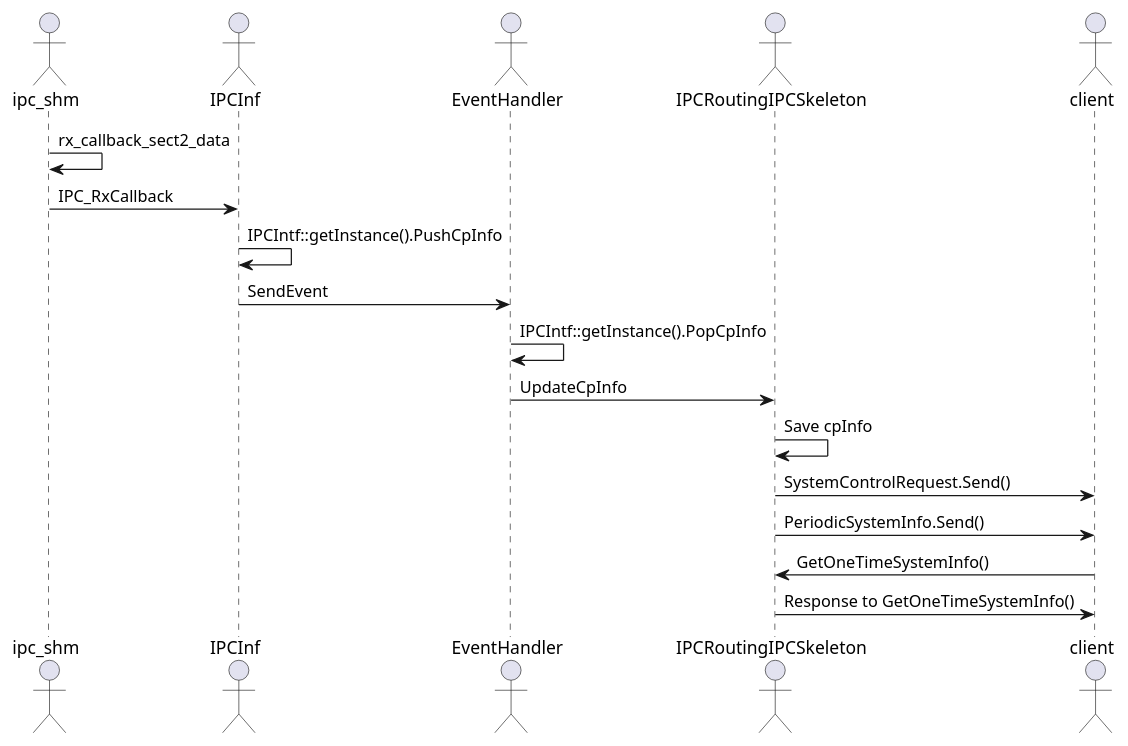
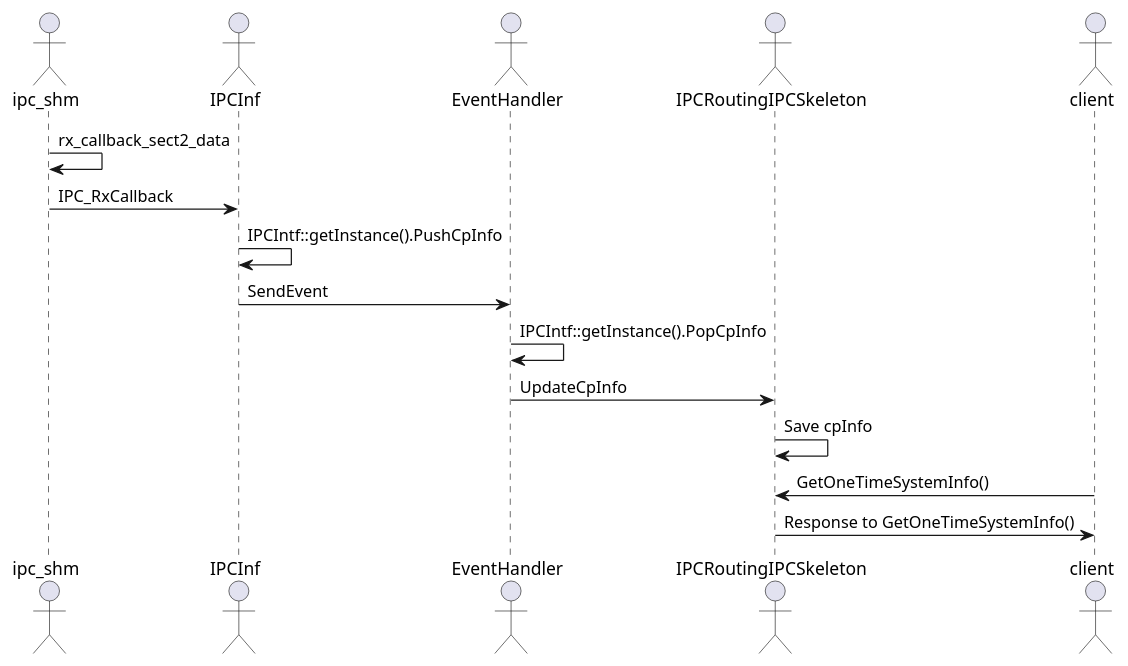
One commit to fittingend/SDV_subscription_app changed the fourth of 5 diagrams in src/eevp_main_machine/ap_ipchandler/ipchandler.puml. Above: the diagram before and after it, drawn with PlantUML. The commit also changed other lines of this file and 36 other files, not shown here.

```diff
--- a/src/eevp_main_machine/ap_ipchandler/ipchandler.puml
+++ b/src/eevp_main_machine/ap_ipchandler/ipchandler.puml
@@ -108,18 +108,16 @@
 @startuml
 actor ipc_shm
 actor IPCInf as ipc_int
 actor EventHandler
 actor IPCRoutingIPCSkeleton as skeleton
 actor client
 ipc_shm -> ipc_shm : rx_callback_sect2_data
 ipc_shm -> ipc_int : IPC_RxCallback
 ipc_int -> ipc_int : IPCIntf::getInstance().PushCpInfo
 ipc_int -> EventHandler : SendEvent
 EventHandler -> EventHandler : IPCIntf::getInstance().PopCpInfo
 EventHandler -> skeleton : UpdateCpInfo
 skeleton -> skeleton : Save cpInfo
-skeleton -> client : SystemControlRequest.Send()
-skeleton -> client : PeriodicSystemInfo.Send()
 client -> skeleton : GetOneTimeSystemInfo()
 skeleton -> client : Response to GetOneTimeSystemInfo()
 @enduml
```
